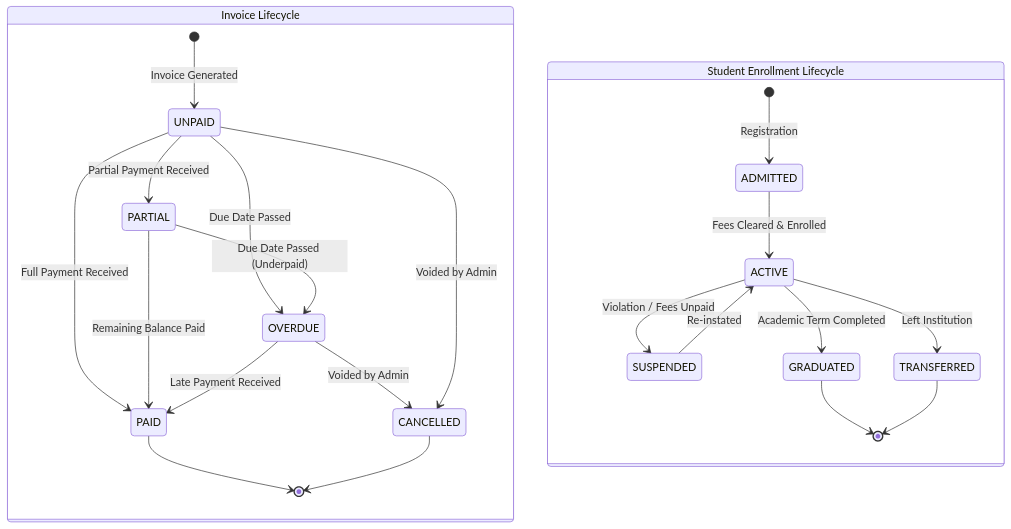
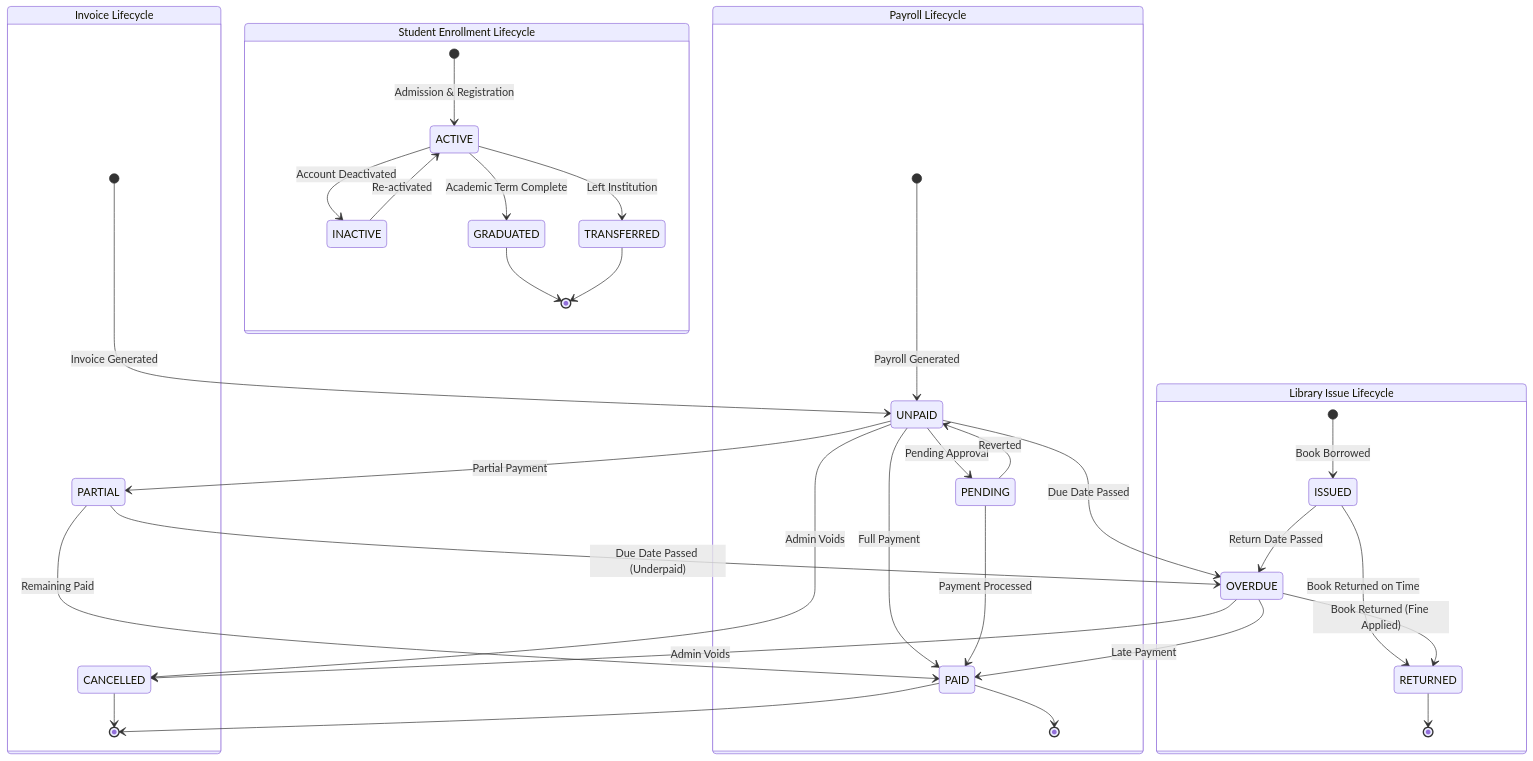
One commit to RafatAiub/PeopleIT-SMS-student-management-system- changed diagram 12 of 12 in README.md. Above: the diagram before and after it, drawn with Mermaid. The commit also changed other lines of this file, not shown here.

Commit message:
docs: complete README rewrite with full 31-model ERD, API overview, role matrix, and project explanation

````diff
--- a/README.md
+++ b/README.md
@@ -222,31 +684,42 @@
 ```mermaid
 stateDiagram-v2
     state "Invoice Lifecycle" as IL {
         [*] --> UNPAID : Invoice Generated
-        UNPAID --> PARTIAL : Partial Payment Received
-        UNPAID --> PAID : Full Payment Received
+        UNPAID --> PARTIAL : Partial Payment
+        UNPAID --> PAID : Full Payment
         UNPAID --> OVERDUE : Due Date Passed
-        
-        PARTIAL --> PAID : Remaining Balance Paid
+        PARTIAL --> PAID : Remaining Paid
         PARTIAL --> OVERDUE : Due Date Passed (Underpaid)
-        
-        OVERDUE --> PAID : Late Payment Received
-        OVERDUE --> CANCELLED : Voided by Admin
-        UNPAID --> CANCELLED : Voided by Admin
-        
+        OVERDUE --> PAID : Late Payment
+        OVERDUE --> CANCELLED : Admin Voids
+        UNPAID --> CANCELLED : Admin Voids
         PAID --> [*]
         CANCELLED --> [*]
     }
-    
+
     state "Student Enrollment Lifecycle" as SL {
-        [*] --> ADMITTED : Registration
-        ADMITTED --> ACTIVE : Fees Cleared & Enrolled
-        ACTIVE --> SUSPENDED : Violation / Fees Unpaid
-        SUSPENDED --> ACTIVE : Re-instated
-        ACTIVE --> GRADUATED : Academic Term Completed
+        [*] --> ACTIVE : Admission & Registration
+        ACTIVE --> INACTIVE : Account Deactivated
+        INACTIVE --> ACTIVE : Re-activated
+        ACTIVE --> GRADUATED : Academic Term Complete
         ACTIVE --> TRANSFERRED : Left Institution
-        
         GRADUATED --> [*]
         TRANSFERRED --> [*]
     }
+
+    state "Library Issue Lifecycle" as LL {
+        [*] --> ISSUED : Book Borrowed
+        ISSUED --> RETURNED : Book Returned on Time
+        ISSUED --> OVERDUE : Return Date Passed
+        OVERDUE --> RETURNED : Book Returned (Fine Applied)
+        RETURNED --> [*]
+    }
+
+    state "Payroll Lifecycle" as PL {
+        [*] --> UNPAID : Payroll Generated
+        UNPAID --> PENDING : Pending Approval
+        PENDING --> PAID : Payment Processed
+        PENDING --> UNPAID : Reverted
+        PAID --> [*]
+    }
 ```
````
